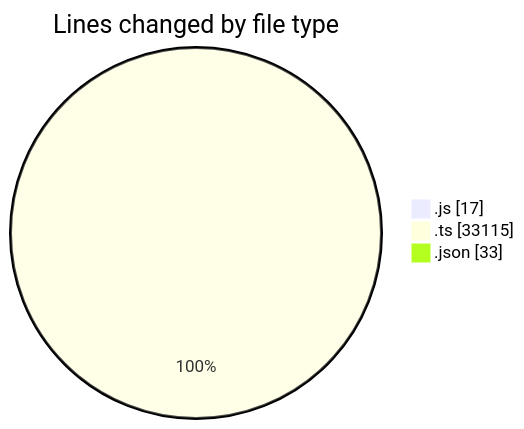
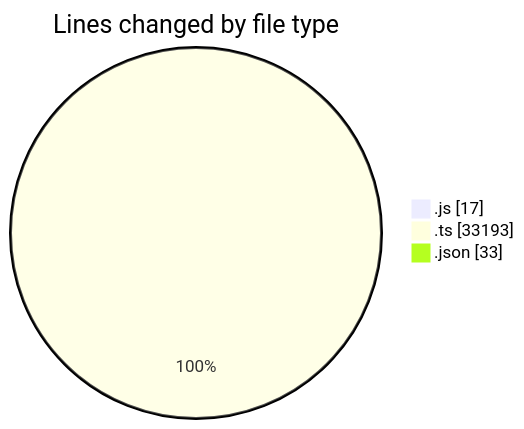
The first of 2 diagrams in 2026-07-27/cda/README.md (momahboobian/code-tracking), drawn with Mermaid before and after one commit. The commit also changed other lines of this file and 1 other file, not shown here.

````diff
--- a/2026-07-27/cda/README.md
+++ b/2026-07-27/cda/README.md
@@ -30,7 +30,7 @@
 ```mermaid
 pie showData
 title Lines changed by file type
 ".js" : 17
-".ts" : 33115
+".ts" : 33193
 ".json" : 33
 ```
````
